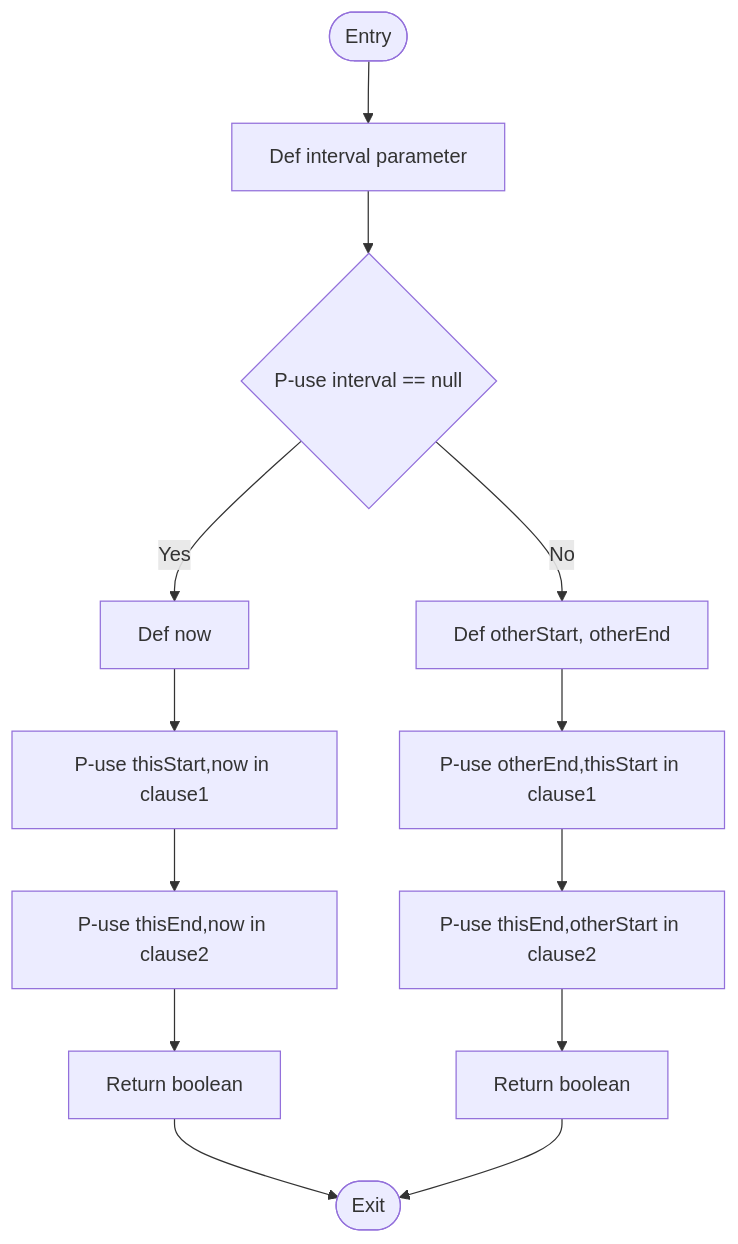
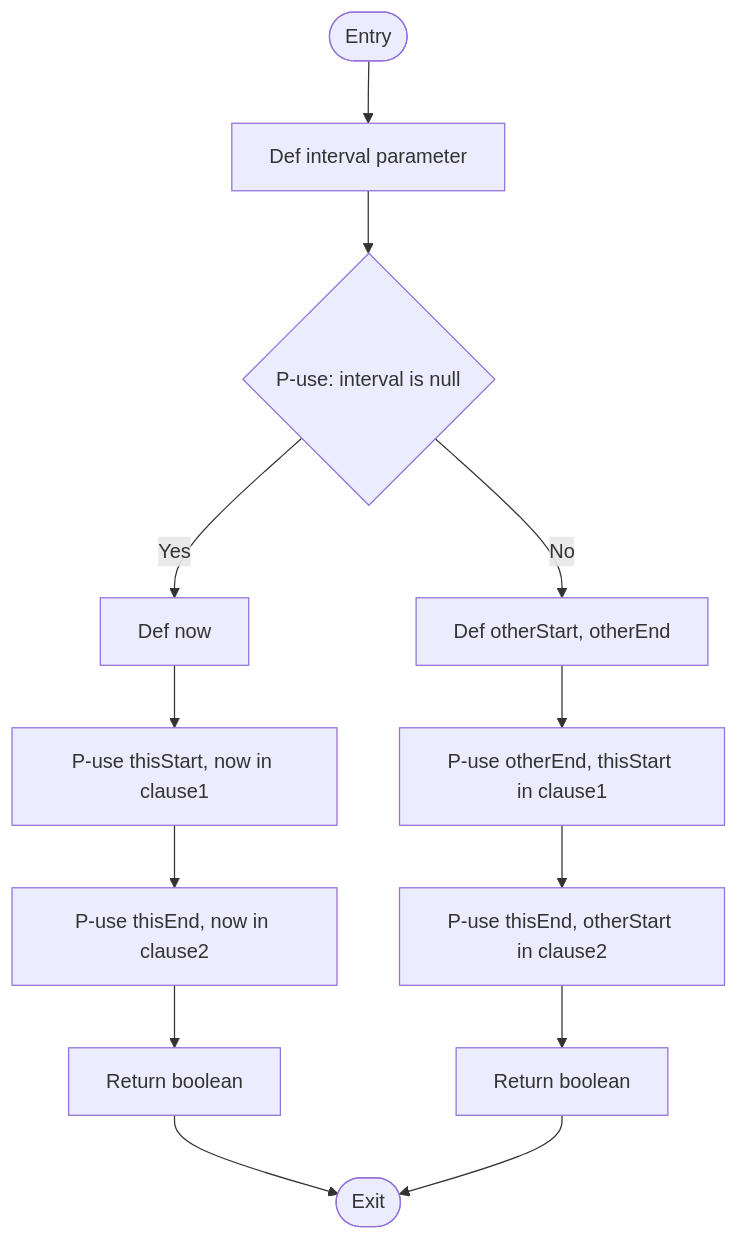
The diagram in diagrams/dfg_interval_abuts.mmd (ArmanGrewal03/Java-Testing-Project), drawn with Mermaid before and after one commit. The commit also changed 5 other files, not shown here.

Commit message:
Update diagrams

```diff
--- a/diagrams/dfg_interval_abuts.mmd
+++ b/diagrams/dfg_interval_abuts.mmd
@@ -1,13 +1,13 @@
 flowchart TD
     A([Entry]) --> B[Def interval parameter]
-    B --> C{P-use interval == null}
+    B --> C{P-use: interval is null}
     C -- Yes --> D[Def now]
-    D --> E[P-use thisStart,now in clause1]
-    E --> F[P-use thisEnd,now in clause2]
+    D --> E[P-use thisStart, now in clause1]
+    E --> F[P-use thisEnd, now in clause2]
     F --> G[Return boolean]
     C -- No --> H[Def otherStart, otherEnd]
-    H --> I[P-use otherEnd,thisStart in clause1]
-    I --> J[P-use thisEnd,otherStart in clause2]
+    H --> I[P-use otherEnd, thisStart in clause1]
+    I --> J[P-use thisEnd, otherStart in clause2]
     J --> K[Return boolean]
     G --> L([Exit])
     K --> L
```
